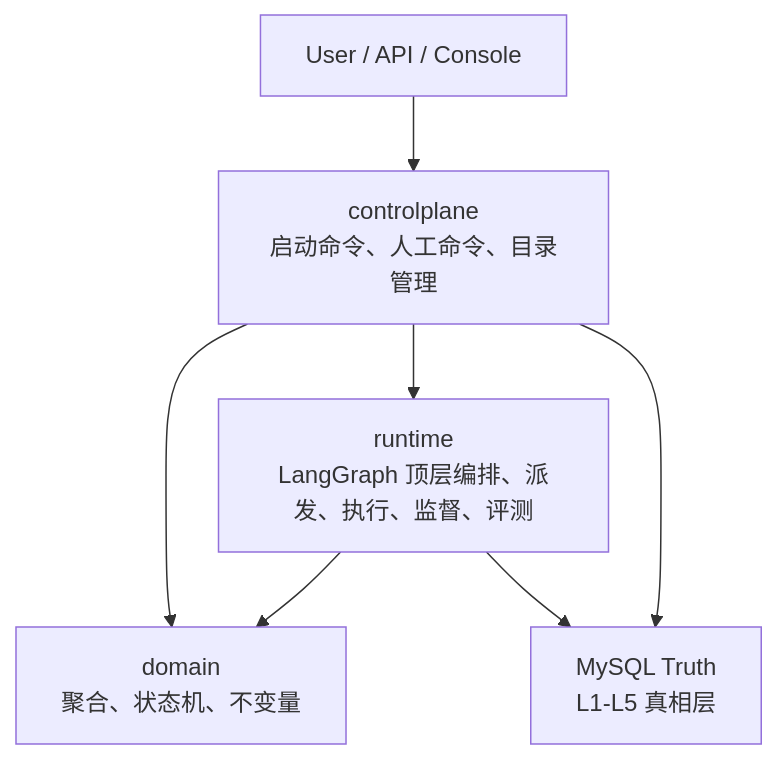
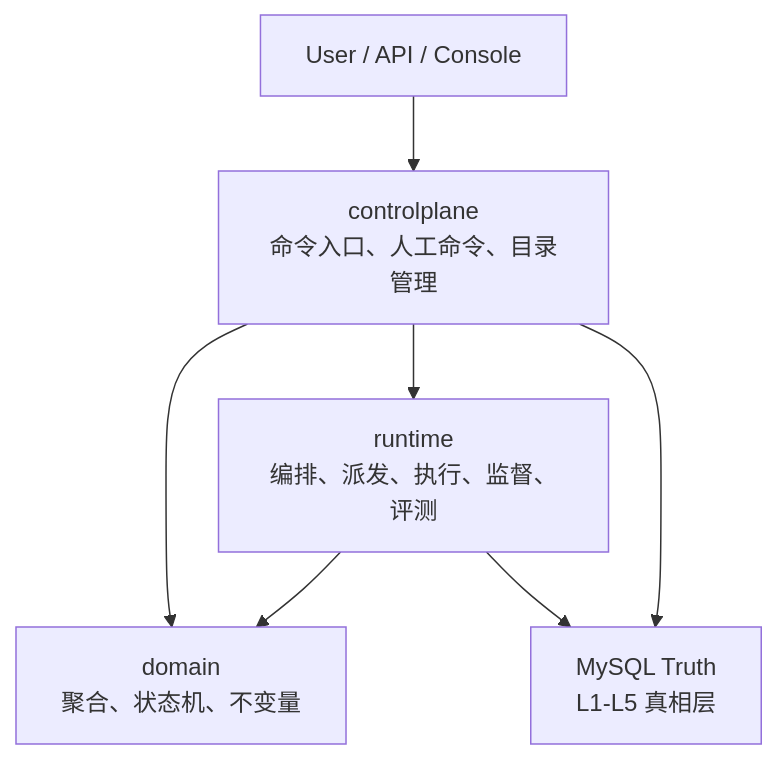
Before and after one commit to xilufeisaigao/AgentX: the first of 4 diagrams in README.md, drawn with Mermaid. The commit also changed other lines of this file, not shown here.

````diff
--- a/README.md
+++ b/README.md
@@ -37,15 +140,15 @@
 ```mermaid
 flowchart TB
   USER["User / API / Console"]
-  CP["controlplane<br/>启动命令、人工命令、目录管理"]
+  CP["controlplane<br/>命令入口、人工命令、目录管理"]
   DM["domain<br/>聚合、状态机、不变量"]
-  RT["runtime<br/>LangGraph 顶层编排、派发、执行、监督、评测"]
+  RT["runtime<br/>编排、派发、执行、监督、评测"]
   DB["MySQL Truth<br/>L1-L5 真相层"]
 
   USER --> CP
   CP --> DM
   CP --> RT
   RT --> DM
   CP --> DB
   RT --> DB
 ```
````
